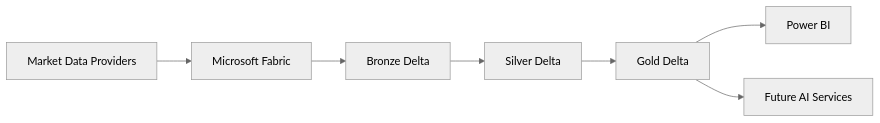
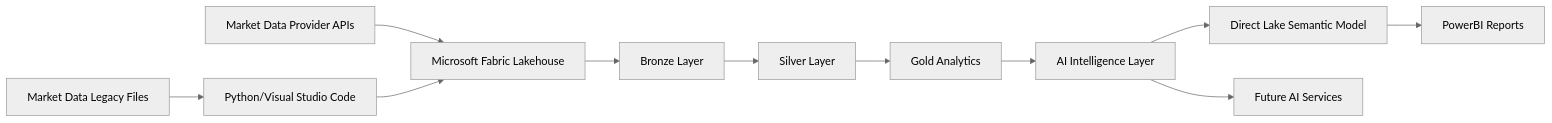
One commit to johnmccrae-ukfi/atlas changed the diagram in README.md. Above: the diagram before and after it, drawn with Mermaid (neutral theme). The commit also changed other lines of this file and 1 other file, not shown here.

Commit message:
docs: AI trading intelligence architecture

````diff
--- a/README.md
+++ b/README.md
@@ -8,24 +8,36 @@
 ```mermaid
 flowchart LR
 
-A["Market Data Providers"]
+A["Market Data Provider APIs"]
 
-B["Microsoft Fabric"]
+B["Microsoft Fabric Lakehouse"]
 
-C["Bronze Delta"]
+C["Market Data Legacy Files"]
 
-D["Silver Delta"]
+D["Python/Visual Studio Code"]
 
-E["Gold Delta"]
+E["Bronze Layer"]
 
-F["Power BI"]
+F["Silver Layer"]
 
-G["Future AI Services"]
+G["Gold Analytics"]
+
+H["AI Intelligence Layer"]
+
+I["Direct Lake Semantic Model"]
+
+J["PowerBI Reports"]
+
+K["Future AI Services"]
 
 A --> B
-B --> C
 C --> D
-D --> E
+D --> B
+B --> E
 E --> F
-E --> G
+F --> G
+G --> H
+H --> I
+H --> K
+I --> J
 ```
````
